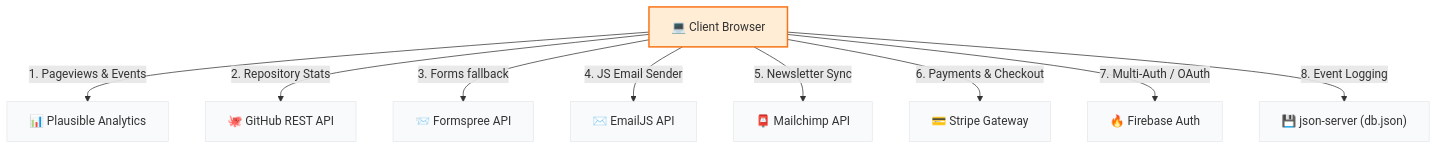
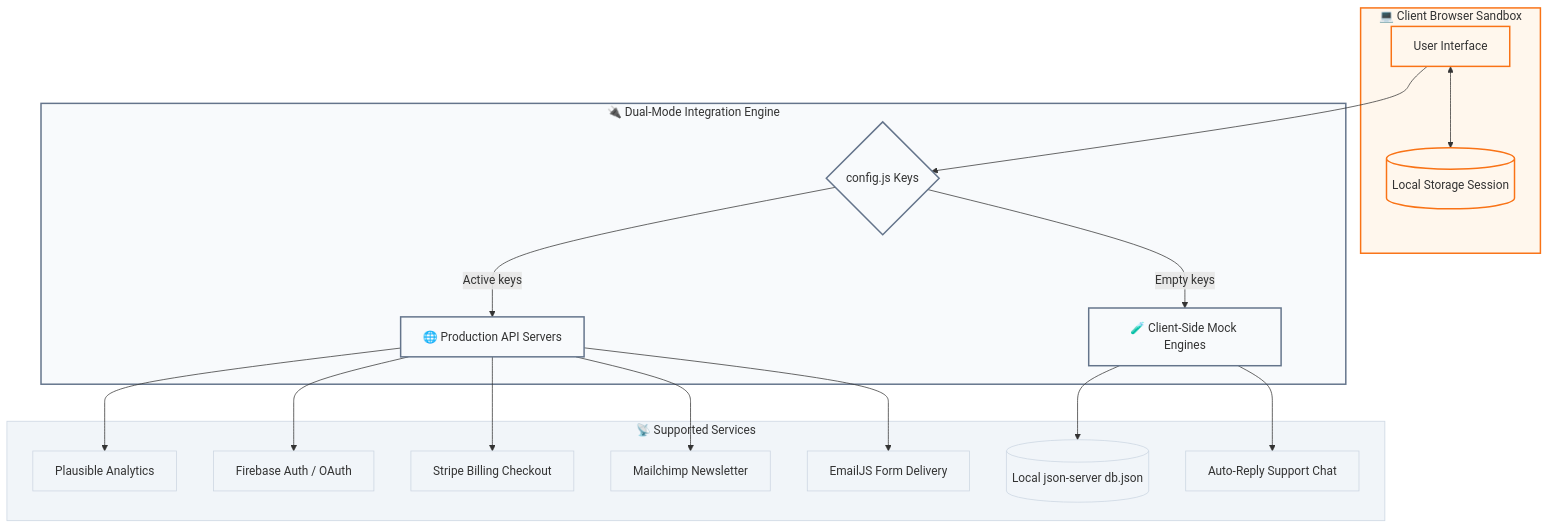
One commit to DeepParekh9190/Nexus-Analytics changed the diagram in README.md. Above: the diagram before and after it, drawn with Mermaid. The commit also changed other lines of this file, not shown here.

Commit message:
docs: restructure README.md to be more unique, adding style guidelines and flowchart

````diff
--- a/README.md
+++ b/README.md
@@ -17,25 +34,35 @@
 ```mermaid
-graph TD
-    %% Core Client
-    Client["💻 Client Browser"]
+flowchart TD
+    subgraph Client [💻 Client Browser Sandbox]
+        UI[User Interface]
+        LS[(Local Storage Session)]
+        UI <--> LS
+    end
+
+    subgraph API [🔌 Dual-Mode Integration Engine]
+        Config{config.js Keys}
+        UI --> Config
+        
+        Config -->|Active keys| Production[🌐 Production API Servers]
+        Config -->|Empty keys| Simulator[🧪 Client-Side Mock Engines]
+    end
+
+    subgraph Endpoints [📡 Supported Services]
+        Production --> Plausible[Plausible Analytics]
+        Production --> Firebase[Firebase Auth / OAuth]
+        Production --> Stripe[Stripe Billing Checkout]
+        Production --> Mailchimp[Mailchimp Newsletter]
+        Production --> EmailJS[EmailJS Form Delivery]
+        
+        Simulator --> LocalDB[(Local json-server db.json)]
+        Simulator --> SupportBot[Auto-Reply Support Chat]
+    end
+
+    classDef client fill:#fff7ed,stroke:#f97316,stroke-width:2px;
+    classDef api fill:#f8fafc,stroke:#64748b,stroke-width:2px;
+    classDef endpoint fill:#f1f5f9,stroke:#cbd5e1;
     
-    %% Production API Integrations
-    Client -->|1. Pageviews & Events| Plausible["📊 Plausible Analytics"]
-    Client -->|2. Repository Stats| GitHub["🐙 GitHub REST API"]
-    Client -->|3. Forms fallback| Formspree["📨 Formspree API"]
-    Client -->|4. JS Email Sender| EmailJS["✉️ EmailJS API"]
-    Client -->|5. Newsletter Sync| Mailchimp["📮 Mailchimp API"]
-    Client -->|6. Payments & Checkout| Stripe["💳 Stripe Gateway"]
-    Client -->|7. Multi-Auth / OAuth| Firebase["🔥 Firebase Auth"]
-    Client -->|8. Event Logging| JSONServer["💾 json-server (db.json)"]
-
-    style Client fill:#ffedd5,stroke:#f97316,stroke-width:2px;
-    style Plausible fill:#f9fafb,stroke:#e5e7eb;
-    style GitHub fill:#f9fafb,stroke:#e5e7eb;
-    style Formspree fill:#f9fafb,stroke:#e5e7eb;
-    style EmailJS fill:#f9fafb,stroke:#e5e7eb;
-    style Mailchimp fill:#f9fafb,stroke:#e5e7eb;
-    style Stripe fill:#f9fafb,stroke:#e5e7eb;
-    style Firebase fill:#f9fafb,stroke:#e5e7eb;
-    style JSONServer fill:#f9fafb,stroke:#e5e7eb;
+    class Client,UI,LS client;
+    class API,Config,Production,Simulator api;
+    class Endpoints,Plausible,Firebase,Stripe,Mailchimp,EmailJS,LocalDB,SupportBot endpoint;
 ```
````
